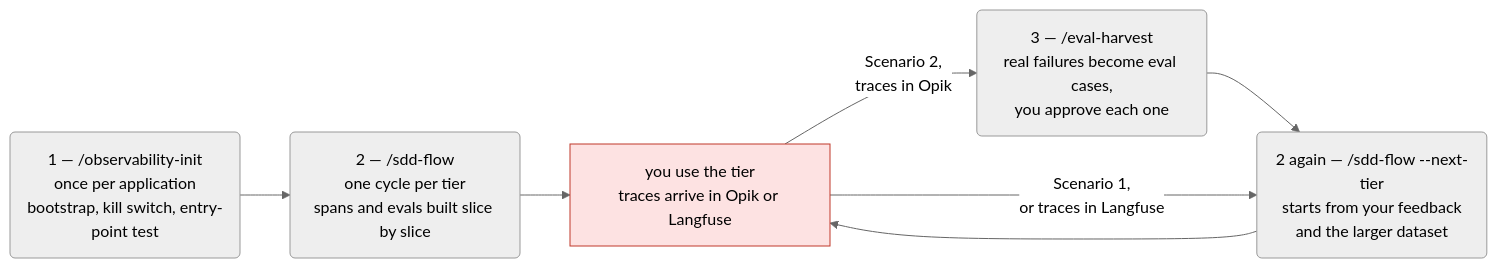
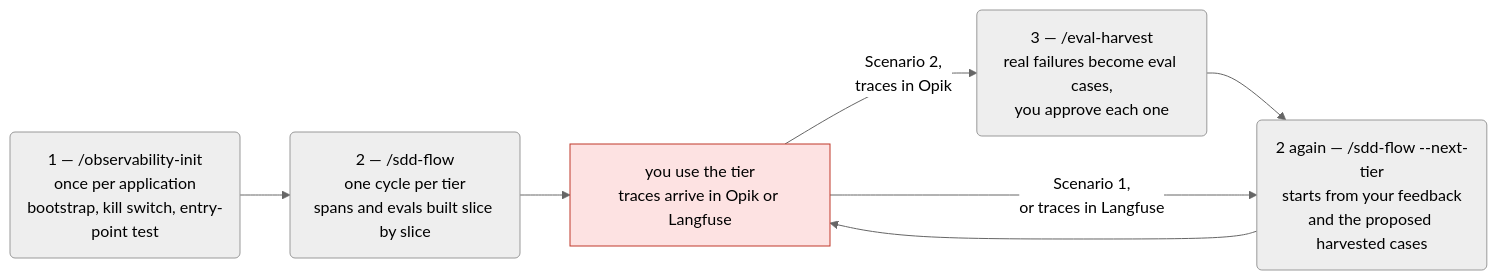
Before and after one commit to pablooliva/claude-plugins: the second of 5 diagrams in agent-engineering/docs/observability-diagram.md, drawn with Mermaid (neutral theme). The commit also changed other lines of this file and 6 other files, not shown here.

````diff
--- a/agent-engineering/docs/observability-diagram.md
+++ b/agent-engineering/docs/observability-diagram.md
@@ -67,11 +67,11 @@
 ```mermaid
 flowchart LR
     init("1 — /observability-init<br/>once per application<br/>bootstrap, kill switch, entry-point test") --> cycle("2 — /sdd-flow<br/>one cycle per tier<br/>spans and evals built slice by slice")
     cycle --> use["you use the tier<br/>traces arrive in Opik or Langfuse"]:::stop
     use -- "Scenario 2,<br/>traces in Opik" --> harvest("3 — /eval-harvest<br/>real failures become eval cases,<br/>you approve each one")
-    harvest --> next("2 again — /sdd-flow --next-tier<br/>starts from your feedback<br/>and the larger dataset")
+    harvest --> next("2 again — /sdd-flow --next-tier<br/>starts from your feedback<br/>and the proposed harvested cases")
     use -- "Scenario 1,<br/>or traces in Langfuse" --> next
     next --> use
 
     classDef stop fill:#fde2e2,stroke:#c0392b,color:#000
 ```
````
